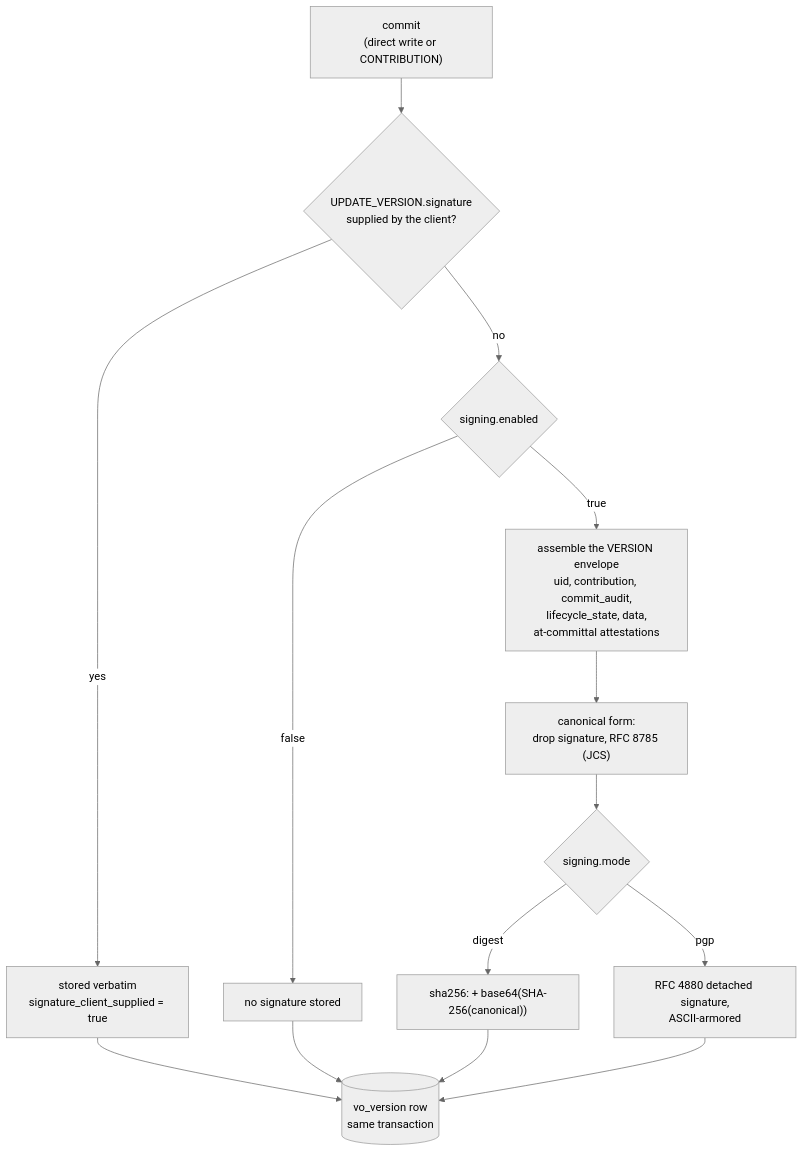
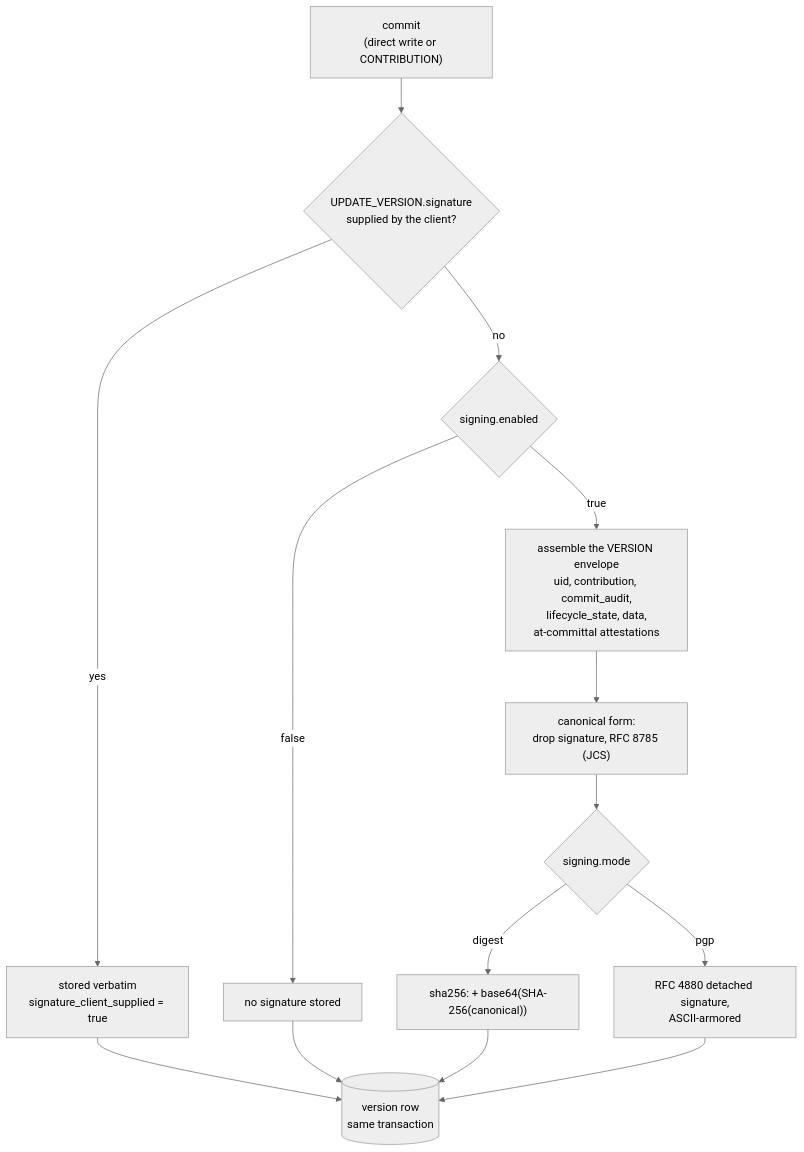
The diagram in website/book/src/signing/digest.md (rubentalstra/FerroEHR), drawn with Mermaid (neutral theme) before and after one commit. The commit also changed 7 other files, not shown here.

Commit message:
docs(storage): the book's asset, role and pool tables name the generation-2 schemas (part of #3342, #3344)

````diff
--- a/website/book/src/signing/digest.md
+++ b/website/book/src/signing/digest.md
@@ -78,16 +78,16 @@
 ```mermaid
 flowchart TD
     A["commit<br/>(direct write or CONTRIBUTION)"] --> B{"UPDATE_VERSION.signature<br/>supplied by the client?"}
     B -->|yes| C["stored verbatim<br/>signature_client_supplied = true"]
     B -->|no| D{"signing.enabled"}
     D -->|false| E["no signature stored"]
     D -->|true| F["assemble the VERSION envelope<br/>uid, contribution, commit_audit,<br/>lifecycle_state, data,<br/>at-committal attestations"]
     F --> G["canonical form:<br/>drop signature, RFC 8785 (JCS)"]
     G --> H{"signing.mode"}
     H -->|digest| I["sha256: + base64(SHA-256(canonical))"]
     H -->|pgp| J["RFC 4880 detached signature,<br/>ASCII-armored"]
-    I --> K[("vo_version row<br/>same transaction")]
+    I --> K[("version row<br/>same transaction")]
     J --> K
     C --> K
     E --> K
 ```
````
